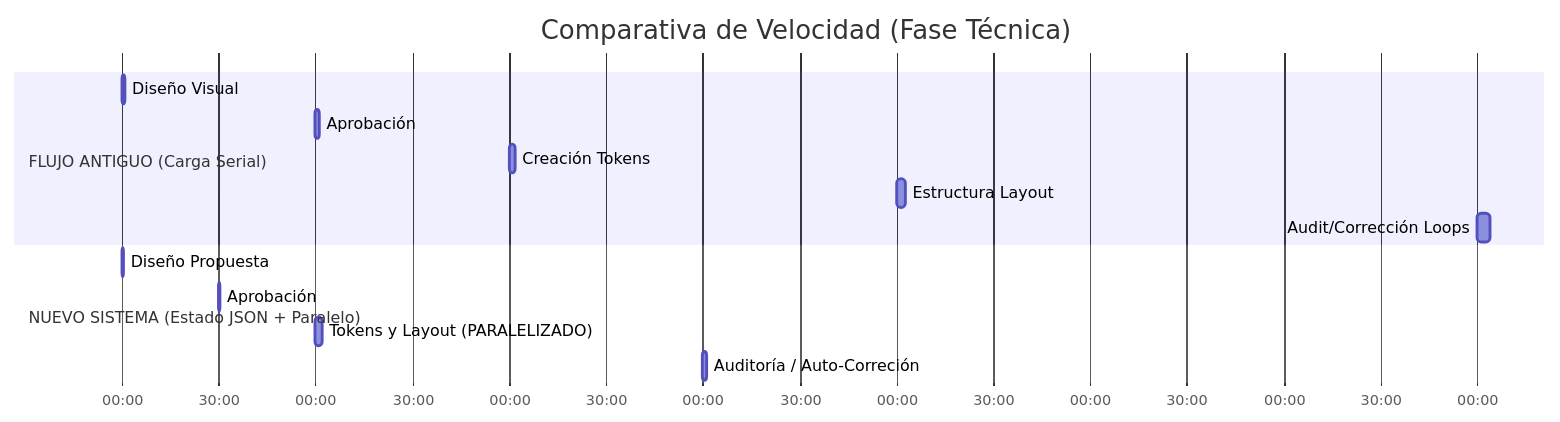
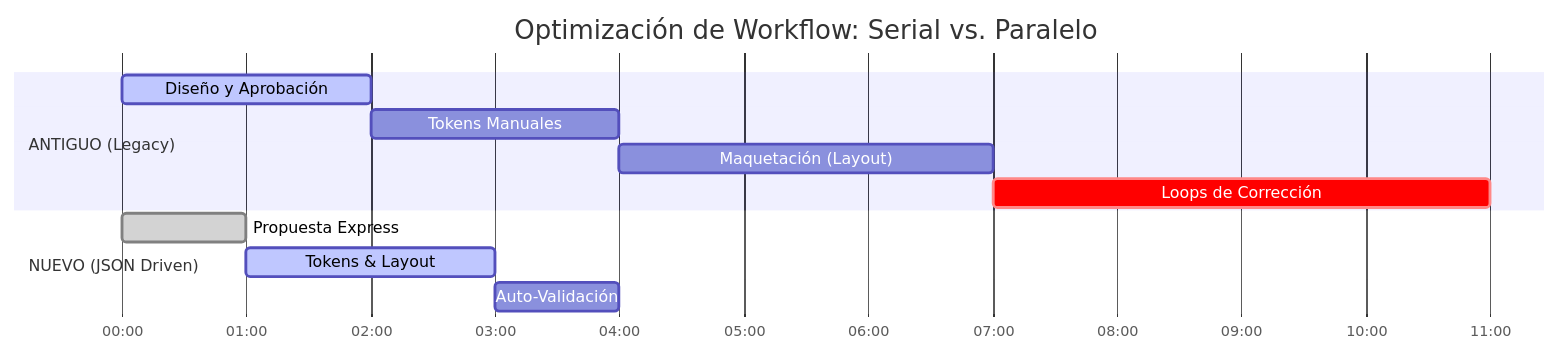
One commit to osCeballos/Figma-AI-Agent-System changed the diagram in README.md. Above: the diagram before and after it, drawn with Mermaid.

Commit message:
Actualizar README.md

````diff
--- a/README.md
+++ b/README.md
@@ -84,19 +84,18 @@
 ```mermaid
 gantt
-    title Comparativa de Velocidad (Fase Técnica)
-    dateFormat  HH:mm
-    axisFormat  %M:%S
+    title Optimización de Workflow: Serial vs. Paralelo
+    dateFormat  m s
+    axisFormat %M:%S
     
-    section FLUJO ANTIGUO (Carga Serial)
-    Diseño Visual          :00:00, 1m
-    Aprobación             :01:00, 1m
-    Creación Tokens        :02:00, 2m
-    Estructura Layout      :04:00, 3m
-    Audit/Corrección Loops :07:00, 4m
-    
-    section NUEVO SISTEMA (Estado JSON + Paralelo)
-    Diseño Propuesta        :00:00, 30s
-    Aprobación              :00:30, 30s
-    Tokens y Layout (PARALELIZADO) :01:00, 2m
-    Auditoría / Auto-Correción :03:00, 1m
+    section ANTIGUO (Legacy)
+    Diseño y Aprobación :active, a1, 0 0, 2m
+    Tokens Manuales     :a2, after a1, 2m
+    Maquetación (Layout):a3, after a2, 3m
+    Loops de Corrección :crit, a4, after a3, 4m
+
+    section NUEVO (JSON Driven)
+    Propuesta Express   :done, b1, 0 0, 1m
+    Tokens & Layout     :active, b2, after b1, 2m
+    Auto-Validación     :b3, after b2, 1m
+
 ```
````
